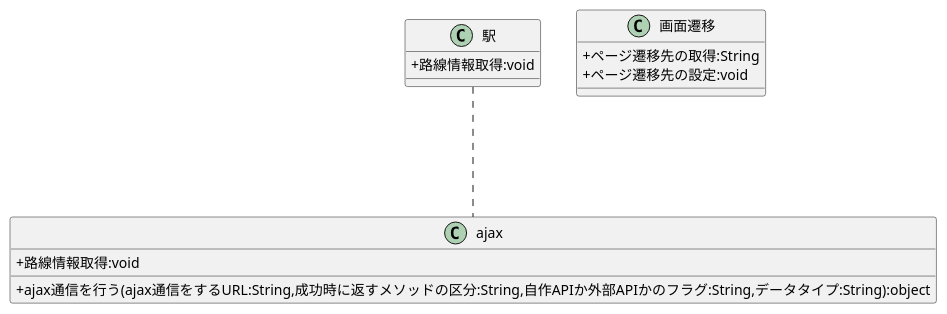
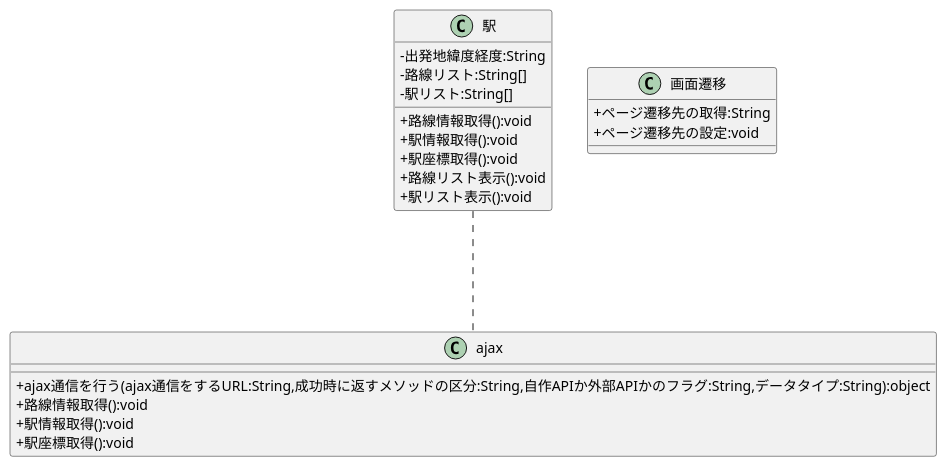
The diagram in 設計書/クラス図/済：ユーザー1：駅名で出発地を決める.pu (teamack20172020/sotukenTest), drawn with PlantUML before and after one commit. The commit also changed 1 other file, not shown here.

Commit message:
クラス図「駅名で出発地を決める」を作った

```diff
--- a/設計書/クラス図/済：ユーザー1：駅名で出発地を決める.pu
+++ b/設計書/クラス図/済：ユーザー1：駅名で出発地を決める.pu
@@ -1,21 +1,31 @@
 @startuml
 
 skinparam classAttributeIconSize 0
 
     class 駅{
-        + 路線情報取得:void
+        - 出発地緯度経度:String
+        - 路線リスト:String[]
+        - 駅リスト:String[]
+        + 路線情報取得():void
+        + 駅情報取得():void
+        + 駅座標取得():void
+        + 路線リスト表示():void
+        + 駅リスト表示():void
     }
 
     class ajax{
         + ajax通信を行う(ajax通信をするURL:String,成功時に返すメソッドの区分:String,自作APIか外部APIかのフラグ:String,データタイプ:String):object
-        + 路線情報取得:void
+        + 路線情報取得():void
+        + 駅情報取得():void
+        + 駅座標取得():void
     }
+    
 
     駅 .-- ajax
 
     class 画面遷移{
         + ページ遷移先の取得:String
         + ページ遷移先の設定:void
     }
     
 @enduml
```
